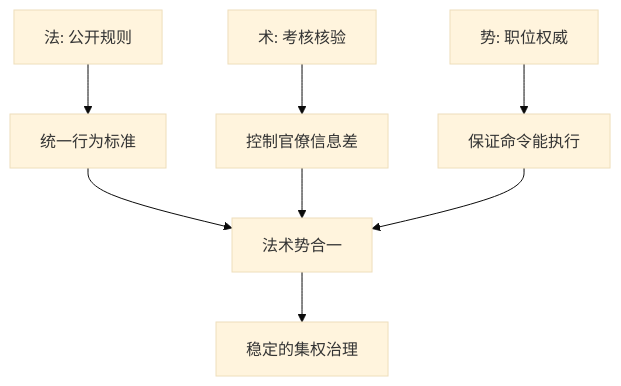
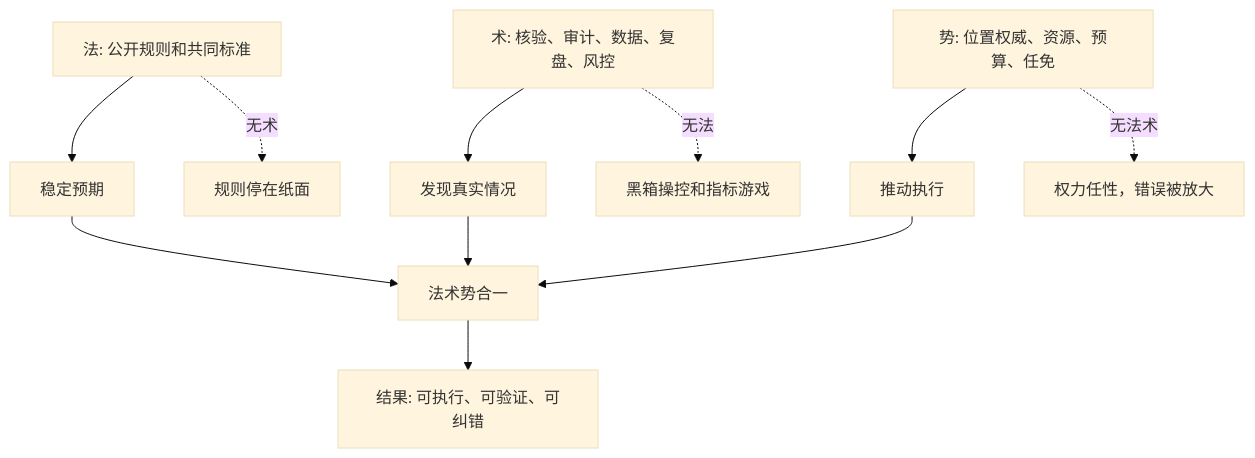
Before and after one commit to digoal/blog: the diagram in 202605/20260518_12.md, drawn with Mermaid (base theme). The commit also changed other lines of this file and 14 other files, not shown here.

````diff
--- a/202605/20260518_12.md
+++ b/202605/20260518_12.md
@@ -22,10 +24,13 @@
 ```mermaid
 flowchart TB
-  A["法: 公开规则"] --> D["统一行为标准"]
-  B["术: 考核核验"] --> E["控制官僚信息差"]
-  C["势: 职位权威"] --> F["保证命令能执行"]
+  A["法: 公开规则和共同标准"] --> D["稳定预期"]
+  B["术: 核验、审计、数据、复盘、风控"] --> E["发现真实情况"]
+  C["势: 位置权威、资源、预算、任免"] --> F["推动执行"]
   D --> G["法术势合一"]
   E --> G
   F --> G
-  G --> H["稳定的集权治理"]
+  G --> H["结果: 可执行、可验证、可纠错"]
+  A -. "无术" .-> I["规则停在纸面"]
+  B -. "无法" .-> J["黑箱操控和指标游戏"]
+  C -. "无法术" .-> K["权力任性，错误被放大"]
 ```
````
